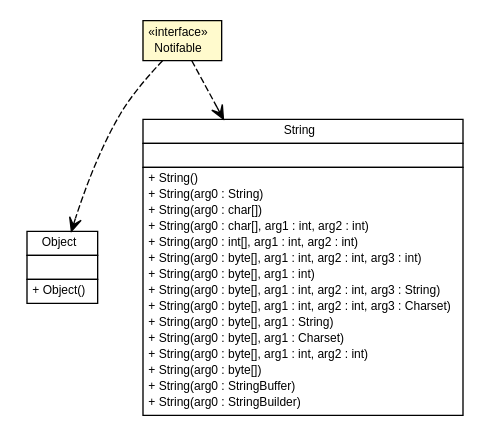
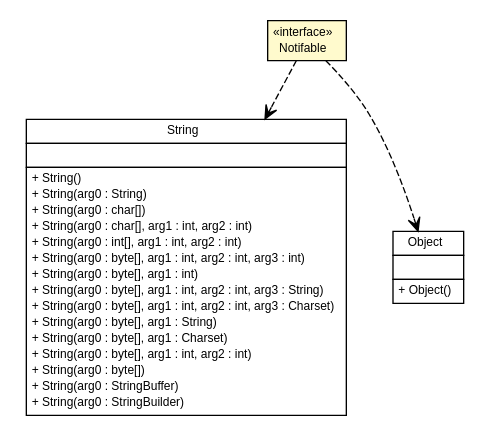
The diagram in apidocs/es/upm/dit/gsi/shanks/notification/Notifable.dot (gsi-upm/Shanks), drawn with Graphviz before and after one commit. The commit also changed 948 other files, not shown here.

```diff
--- a/apidocs/es/upm/dit/gsi/shanks/notification/Notifable.dot
+++ b/apidocs/es/upm/dit/gsi/shanks/notification/Notifable.dot
@@ -1,61 +1,61 @@
 #!/usr/local/bin/dot
 #
 # Class diagram 
 # Generated by UMLGraph version 5.1 (http://www.umlgraph.org/)
 #
 
 digraph G {
 	edge [fontname="arial",fontsize=10,labelfontname="arial",labelfontsize=10];
 	node [fontname="arial",fontsize=10,shape=plaintext];
 	nodesep=0.25;
 	ranksep=0.5;
 	// es.upm.dit.gsi.shanks.notification.Notifable
 	c8009 [label=<<table title="es.upm.dit.gsi.shanks.notification.Notifable" border="0" cellborder="1" cellspacing="0" cellpadding="2" port="p" bgcolor="lemonChiffon" href="./Notifable.html">
 		<tr><td><table border="0" cellspacing="0" cellpadding="1">
 <tr><td align="center" balign="center"> &#171;interface&#187; </td></tr>
 <tr><td align="center" balign="center"> Notifable </td></tr>
 		</table></td></tr>
 		</table>>, fontname="arial", fontcolor="black", fontsize=9.0];
+	// es.upm.dit.gsi.shanks.notification.Notifable DEPEND java.lang.String
+	c8009:p -> c8014:p [taillabel="", label="", headlabel="", fontname="arial", fontcolor="black", fontsize=10.0, color="black", arrowhead=open, style=dashed];
 	// es.upm.dit.gsi.shanks.notification.Notifable DEPEND java.lang.Object
-	c8009:p -> c8014:p [taillabel="", label="", headlabel="", fontname="arial", fontcolor="black", fontsize=10.0, color="black", arrowhead=open, style=dashed];
-	// es.upm.dit.gsi.shanks.notification.Notifable DEPEND java.lang.String
 	c8009:p -> c8015:p [taillabel="", label="", headlabel="", fontname="arial", fontcolor="black", fontsize=10.0, color="black", arrowhead=open, style=dashed];
 	// java.lang.Object
-	c8014 [label=<<table title="java.lang.Object" border="0" cellborder="1" cellspacing="0" cellpadding="2" port="p" href="http://java.sun.com/j2se/1.4.2/docs/api/java/lang/Object.html">
+	c8015 [label=<<table title="java.lang.Object" border="0" cellborder="1" cellspacing="0" cellpadding="2" port="p" href="http://java.sun.com/j2se/1.4.2/docs/api/java/lang/Object.html">
 		<tr><td><table border="0" cellspacing="0" cellpadding="1">
 <tr><td align="center" balign="center"> Object </td></tr>
 		</table></td></tr>
 		<tr><td><table border="0" cellspacing="0" cellpadding="1">
 <tr><td align="left" balign="left">  </td></tr>
 		</table></td></tr>
 		<tr><td><table border="0" cellspacing="0" cellpadding="1">
 <tr><td align="left" balign="left"> + Object() </td></tr>
 		</table></td></tr>
 		</table>>, fontname="arial", fontcolor="black", fontsize=9.0];
 	// java.lang.String
-	c8015 [label=<<table title="java.lang.String" border="0" cellborder="1" cellspacing="0" cellpadding="2" port="p" href="http://java.sun.com/j2se/1.4.2/docs/api/java/lang/String.html">
+	c8014 [label=<<table title="java.lang.String" border="0" cellborder="1" cellspacing="0" cellpadding="2" port="p" href="http://java.sun.com/j2se/1.4.2/docs/api/java/lang/String.html">
 		<tr><td><table border="0" cellspacing="0" cellpadding="1">
 <tr><td align="center" balign="center"> String </td></tr>
 		</table></td></tr>
 		<tr><td><table border="0" cellspacing="0" cellpadding="1">
 <tr><td align="left" balign="left">  </td></tr>
 		</table></td></tr>
 		<tr><td><table border="0" cellspacing="0" cellpadding="1">
 <tr><td align="left" balign="left"> + String() </td></tr>
 <tr><td align="left" balign="left"> + String(arg0 : String) </td></tr>
 <tr><td align="left" balign="left"> + String(arg0 : char[]) </td></tr>
 <tr><td align="left" balign="left"> + String(arg0 : char[], arg1 : int, arg2 : int) </td></tr>
 <tr><td align="left" balign="left"> + String(arg0 : int[], arg1 : int, arg2 : int) </td></tr>
 <tr><td align="left" balign="left"> + String(arg0 : byte[], arg1 : int, arg2 : int, arg3 : int) </td></tr>
 <tr><td align="left" balign="left"> + String(arg0 : byte[], arg1 : int) </td></tr>
 <tr><td align="left" balign="left"> + String(arg0 : byte[], arg1 : int, arg2 : int, arg3 : String) </td></tr>
 <tr><td align="left" balign="left"> + String(arg0 : byte[], arg1 : int, arg2 : int, arg3 : Charset) </td></tr>
 <tr><td align="left" balign="left"> + String(arg0 : byte[], arg1 : String) </td></tr>
 <tr><td align="left" balign="left"> + String(arg0 : byte[], arg1 : Charset) </td></tr>
 <tr><td align="left" balign="left"> + String(arg0 : byte[], arg1 : int, arg2 : int) </td></tr>
 <tr><td align="left" balign="left"> + String(arg0 : byte[]) </td></tr>
 <tr><td align="left" balign="left"> + String(arg0 : StringBuffer) </td></tr>
 <tr><td align="left" balign="left"> + String(arg0 : StringBuilder) </td></tr>
 		</table></td></tr>
 		</table>>, fontname="arial", fontcolor="black", fontsize=9.0];
 }
```
